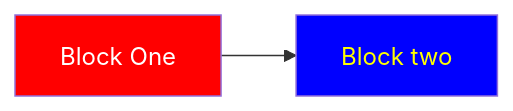
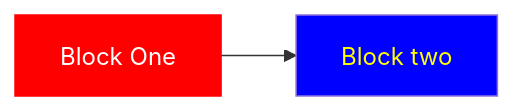
One commit to stephening/testmermaid changed the diagram in README.md. Above: the diagram before and after it, drawn with Mermaid.

````diff
--- a/README.md
+++ b/README.md
@@ -4,6 +4,6 @@
 ```mermaid
 graph LR
 b1[Block One]-->b2[Block two]
-style b1 fill:red, color:white
-style b2 fill:blue, color:yellow
+style b1 fill:red,stroke:red,shadow:shadow,color:white
+style b2 fill:blue,color:yellow
 ```
````
